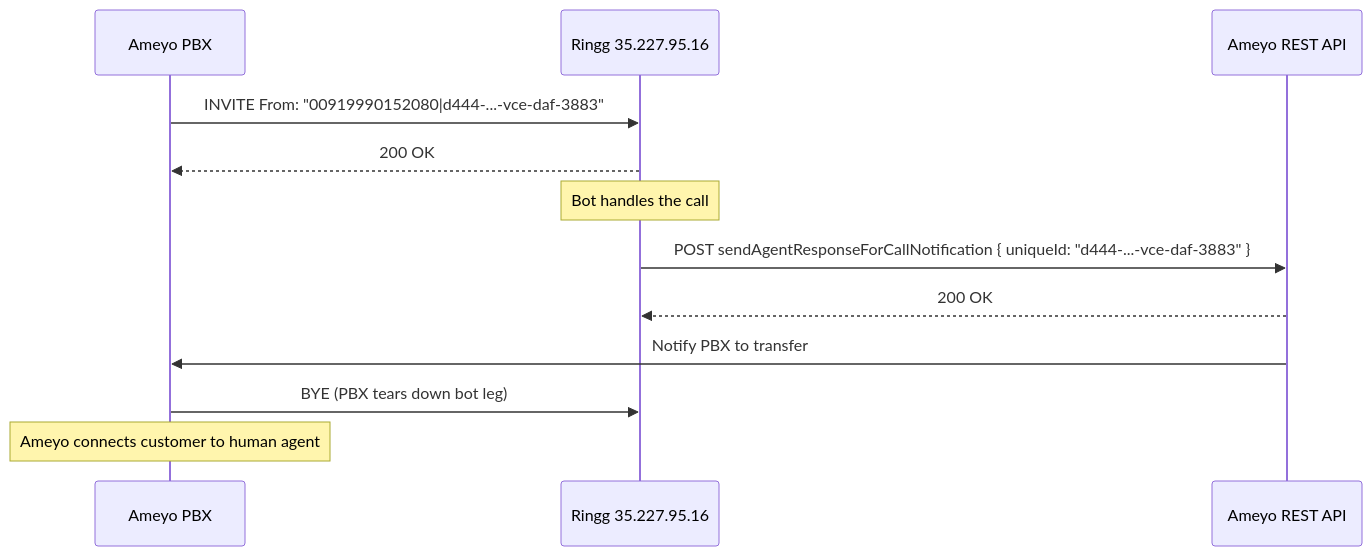
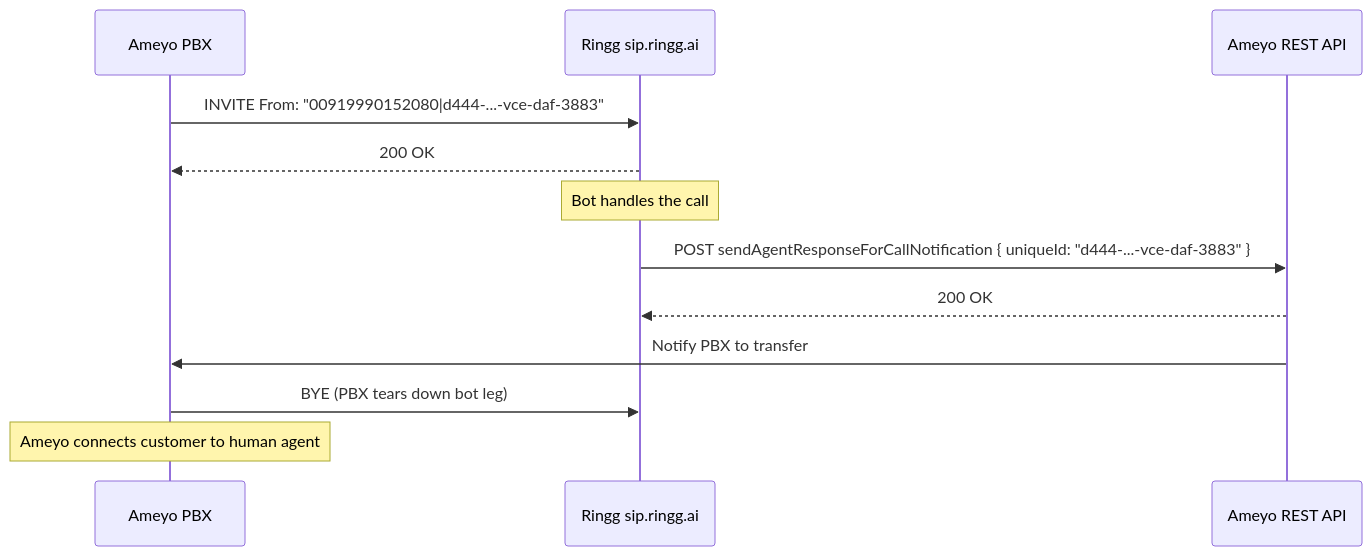
Before and after one commit to Stonkr/ringg-api-docs: the diagram in telephony/ameyo-integration.mdx, drawn with Mermaid. The commit also changed other lines of this file and 2 other files, not shown here.

First line of the commit message:
Merge pull request #79 from Stonkr/feat/sip-doc

````diff
--- a/telephony/ameyo-integration.mdx
+++ b/telephony/ameyo-integration.mdx
@@ -72,19 +72,19 @@
 ```mermaid
 sequenceDiagram
     participant A as Ameyo PBX
-    participant R as Ringg 35.227.95.16
+    participant R as Ringg sip.ringg.ai
     participant API as Ameyo REST API
 
     A->>R: INVITE From: "00919990152080|d444-...-vce-daf-3883"
     R-->>A: 200 OK
 
     Note over R: Bot handles the call
 
     R->>API: POST sendAgentResponseForCallNotification { uniqueId: "d444-...-vce-daf-3883" }
     API-->>R: 200 OK
 
     API->>A: Notify PBX to transfer
     A->>R: BYE (PBX tears down bot leg)
 
     Note over A: Ameyo connects customer to human agent
 ```
````
